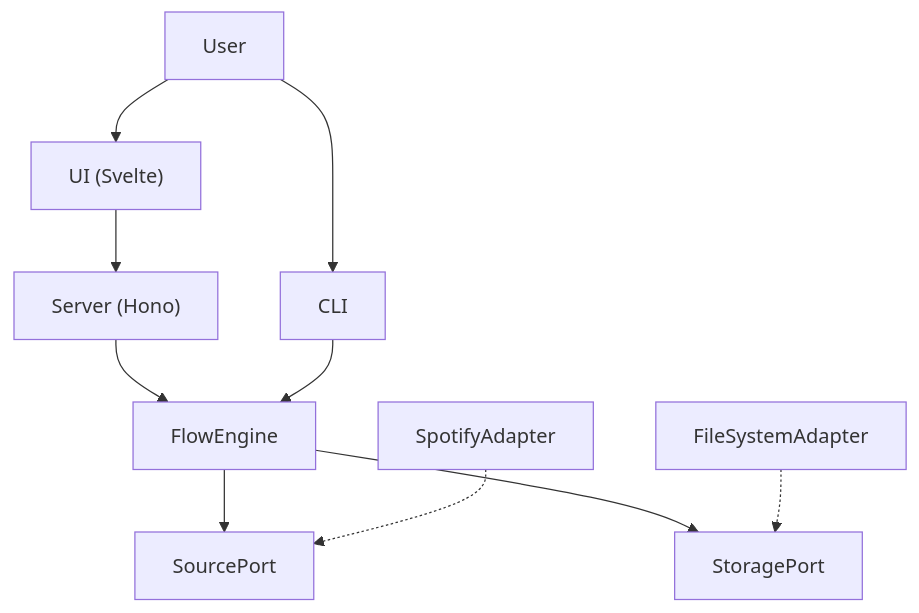
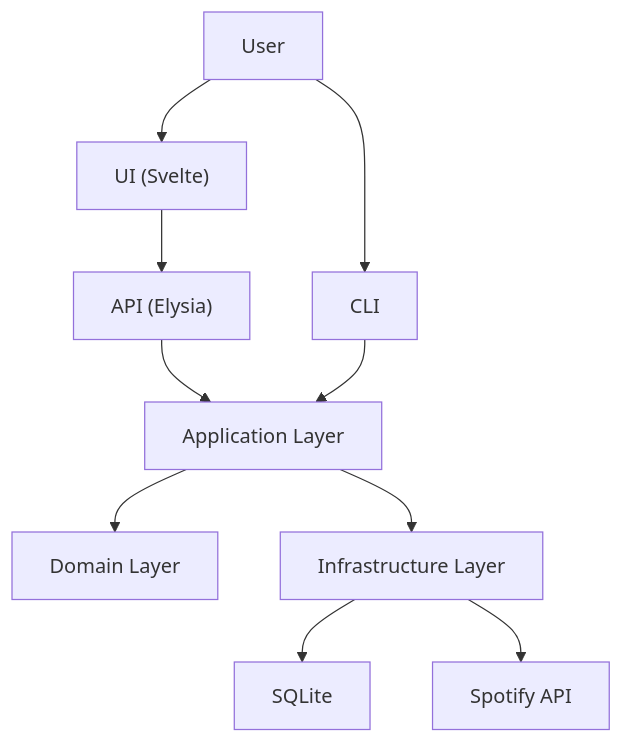
The diagram in docs/architecture/README.md (jorgesalica/flow-sample), drawn with Mermaid before and after one commit. The commit also changed other lines of this file and 33 other files, not shown here.

Commit message:
feat: introduce Spotify flow feature with API and CLI for track fetching and management, including core engine, domain, and infrastructure components.

````diff
--- a/docs/architecture/README.md
+++ b/docs/architecture/README.md
@@ -7,15 +7,15 @@
 ```mermaid
 graph TD
     User["User"] --> UI["UI (Svelte)"]
     User --> CLI["CLI"]
     
-    UI --> Server["Server (Hono)"]
-    Server --> Engine["FlowEngine"]
-    CLI --> Engine
+    UI --> API["API (Elysia)"]
+    API --> UseCase["Application Layer"]
+    CLI --> UseCase
     
-    Engine --> Source["SourcePort"]
-    Engine --> Storage["StoragePort"]
+    UseCase --> Domain["Domain Layer"]
+    UseCase --> Infra["Infrastructure Layer"]
     
-    SpotifyAdapter["SpotifyAdapter"] .-> Source
-    FileSystemAdapter["FileSystemAdapter"] .-> Storage
+    Infra --> SQLite["SQLite"]
+    Infra --> SpotifyAPI["Spotify API"]
 ```
````
